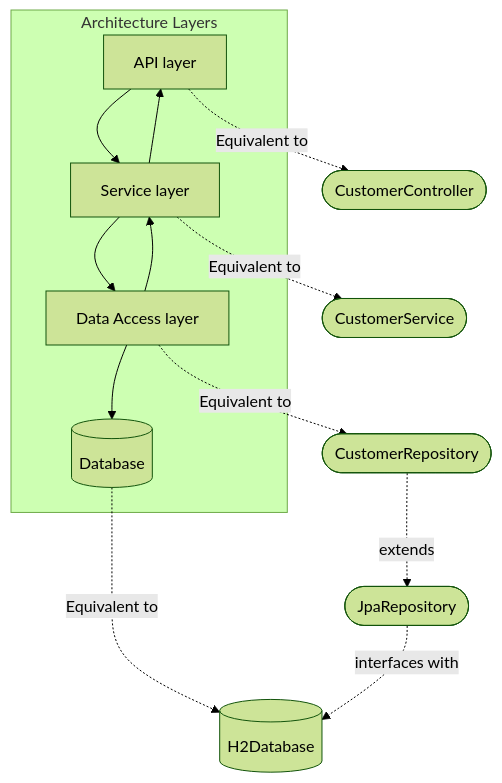
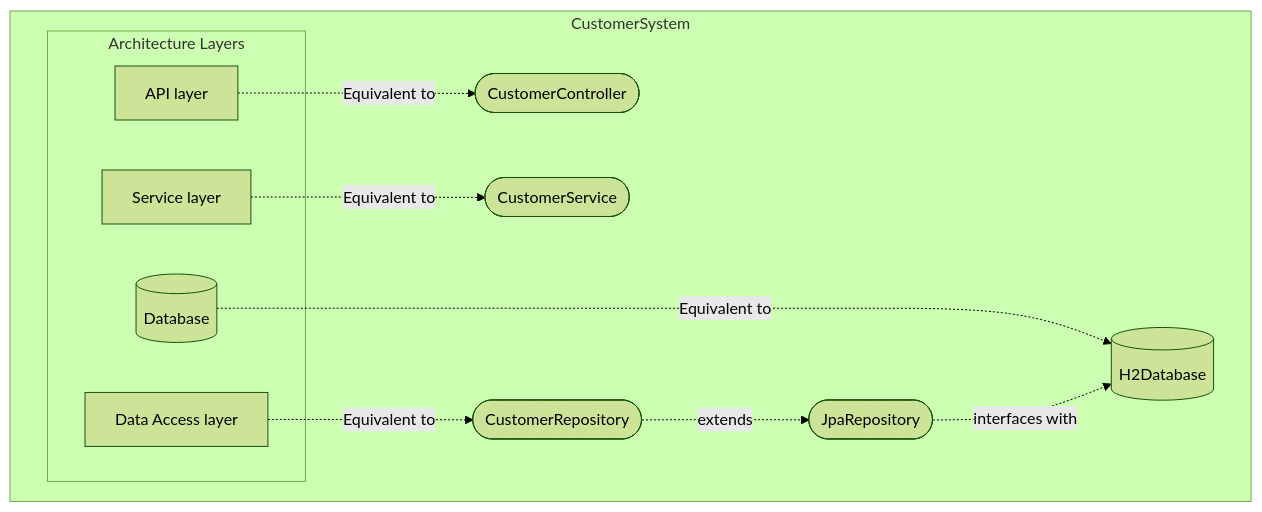
One commit to pauls0/uow-csci318-groupproject changed the first of 4 diagrams in README.md. Above: the diagram before and after it, drawn with Mermaid (forest theme). The commit also changed other lines of this file and 5 other files, not shown here.

First line of the commit message:
docs(product service): example requests and architecture diagram

````diff
--- a/README.md
+++ b/README.md
@@ -254,25 +465,22 @@
 ```mermaid
 graph TB
+  subgraph CustomerSystem
     Class1([CustomerController])
     Class2([CustomerService])
     Class3([CustomerRepository])
     Class4([JpaRepository])
     Class5[(H2Database)]
     subgraph Architecture Layers
         A[API layer]
-        B[Service layer] 
+        B[Service layer]
         C[Data Access layer]
         D[(Database)]
-        end
-    A --> B
-    B --> A
-    B --> C
-    C --> B
-    C --> D
-    A -.->|Equivalent to| Class1
-    B -.->|Equivalent to| Class2
-    C -.->|Equivalent to| Class3
-    D -.->|Equivalent to| Class5
-    Class3 -.->|extends| Class4
-    Class4 -.->|interfaces with| Class5
+    end
+  end
+  A -.->|Equivalent to| Class1
+  B -.->|Equivalent to| Class2
+  C -.->|Equivalent to| Class3
+  D -.->|Equivalent to| Class5
+  Class3 -.->|extends| Class4
+  Class4 -.->|interfaces with| Class5
 ```
````
